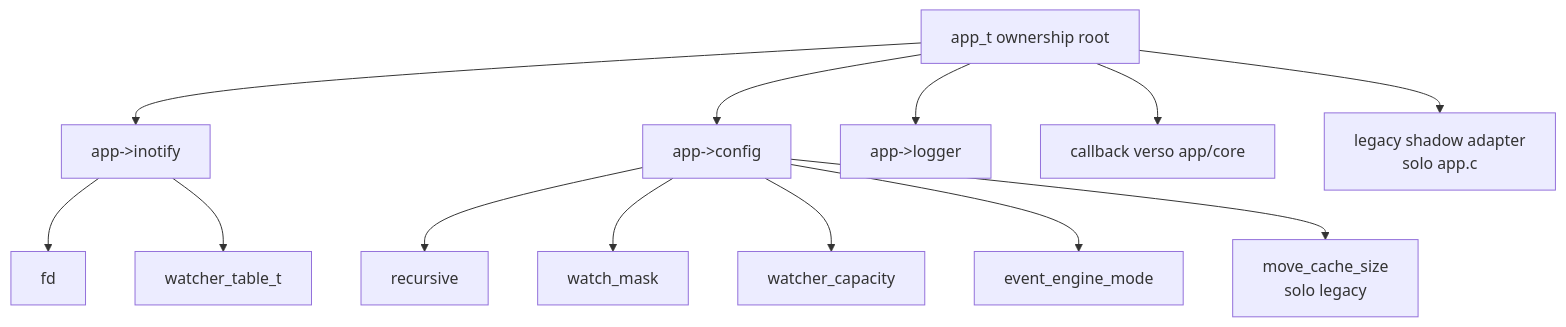
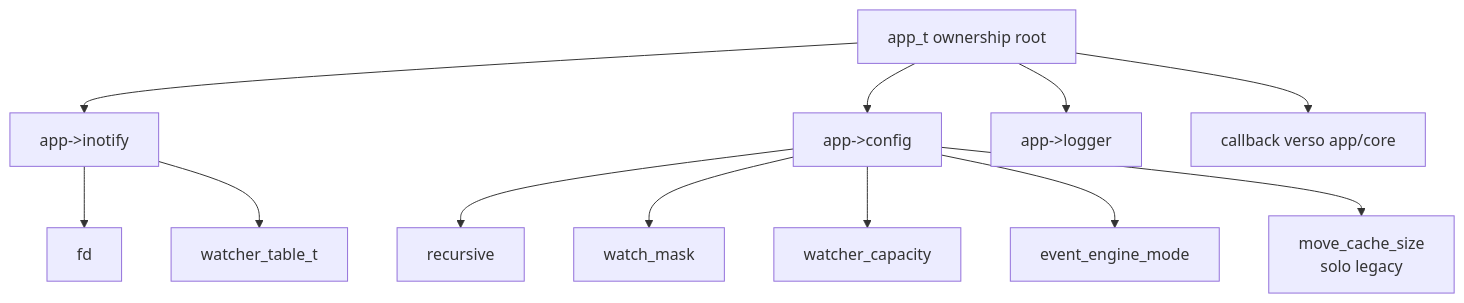
Before and after one commit to kinderp/alfred: the sixth of 19 diagrams in docs/it/16-mappa-codice-e-strutture.md, drawn with Mermaid. The commit also changed other lines of this file and 8 other files, not shown here.

````diff
--- a/docs/it/16-mappa-codice-e-strutture.md
+++ b/docs/it/16-mappa-codice-e-strutture.md
@@ -229,16 +228,15 @@
 ```mermaid
 flowchart TD
     A["app_t ownership root"] --> B["app->inotify"]
     A --> C["app->config"]
     A --> D["app->logger"]
     A --> E["callback verso app/core"]
-    A --> F["legacy shadow adapter<br/>solo app.c"]
 
     B --> B1["fd"]
     B --> B2["watcher_table_t"]
     C --> C1["recursive"]
     C --> C2["watch_mask"]
     C --> C3["watcher_capacity"]
     C --> C4["event_engine_mode"]
     C --> C5["move_cache_size<br/>solo legacy"]
 ```
````
